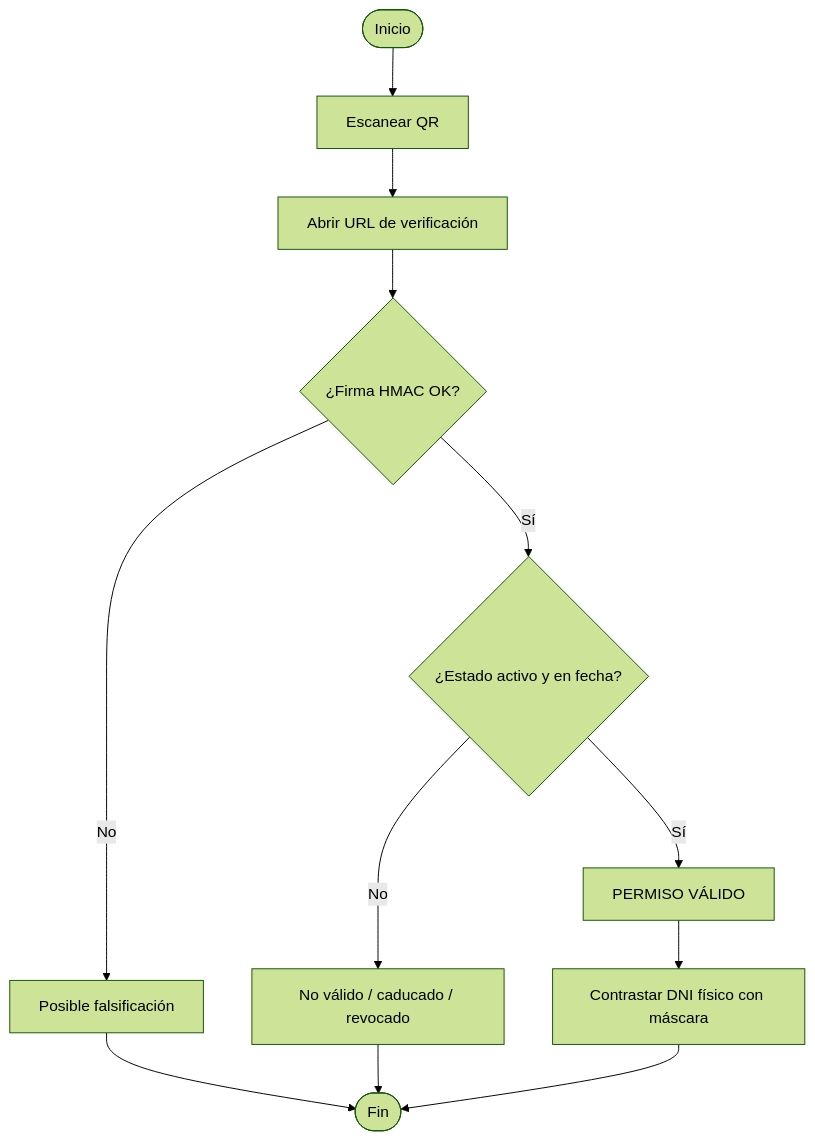
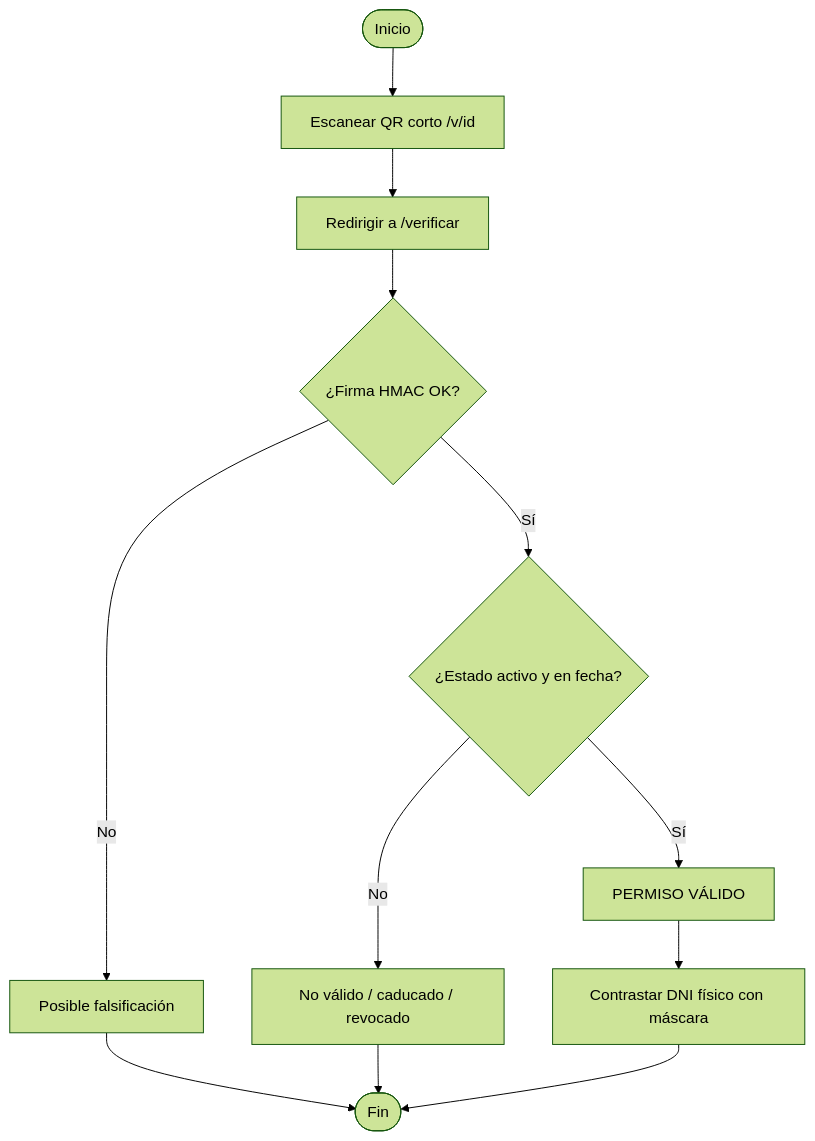
The seventh of 8 diagrams in docs/uml.md (gracobjo/cotoSetas), drawn with Mermaid (forest theme) before and after one commit. The commit also changed other lines of this file and 18 other files, not shown here.

````diff
--- a/docs/uml.md
+++ b/docs/uml.md
@@ -253,14 +320,14 @@
 ```mermaid
 flowchart TD
-  A([Inicio]) --> B[Escanear QR]
-  B --> C[Abrir URL de verificación]
+  A([Inicio]) --> B[Escanear QR corto /v/id]
+  B --> C[Redirigir a /verificar]
   C --> D{¿Firma HMAC OK?}
   D -->|No| E[Posible falsificación]
   D -->|Sí| F{¿Estado activo y en fecha?}
   F -->|No| G[No válido / caducado / revocado]
   F -->|Sí| H[PERMISO VÁLIDO]
   H --> I[Contrastar DNI físico con máscara]
   E --> J([Fin])
   G --> J
   I --> J
 ```
````
